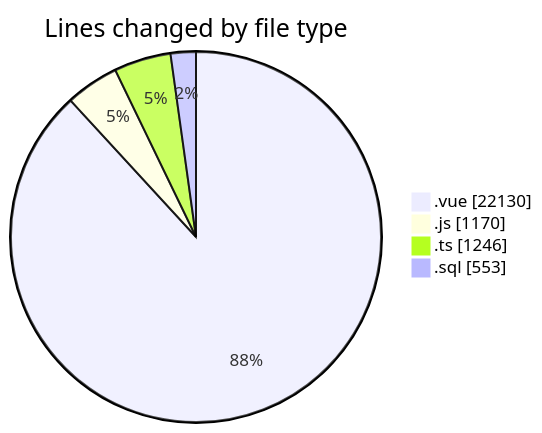
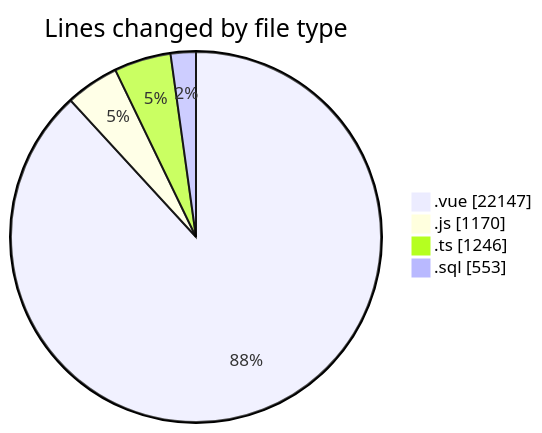
One commit to lephambinh05/code-tracking changed the first of 2 diagrams in 2025-08-13/rentotp/README.md. Above: the diagram before and after it, drawn with Mermaid. The commit also changed other lines of this file and 1 other file, not shown here.

````diff
--- a/2025-08-13/rentotp/README.md
+++ b/2025-08-13/rentotp/README.md
@@ -49,8 +49,8 @@
 ```mermaid
 pie showData
 title Lines changed by file type
-".vue" : 22130
+".vue" : 22147
 ".js" : 1170
 ".ts" : 1246
 ".sql" : 553
 ```
````
